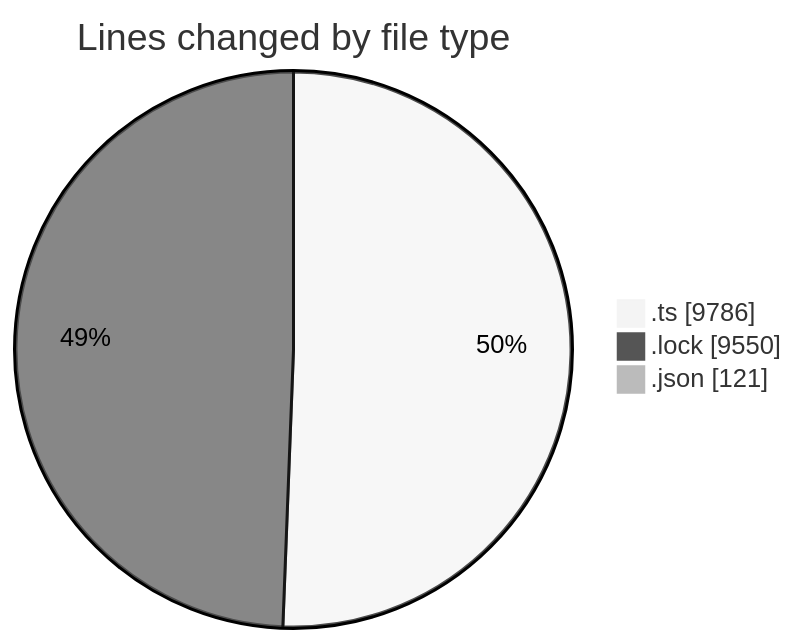
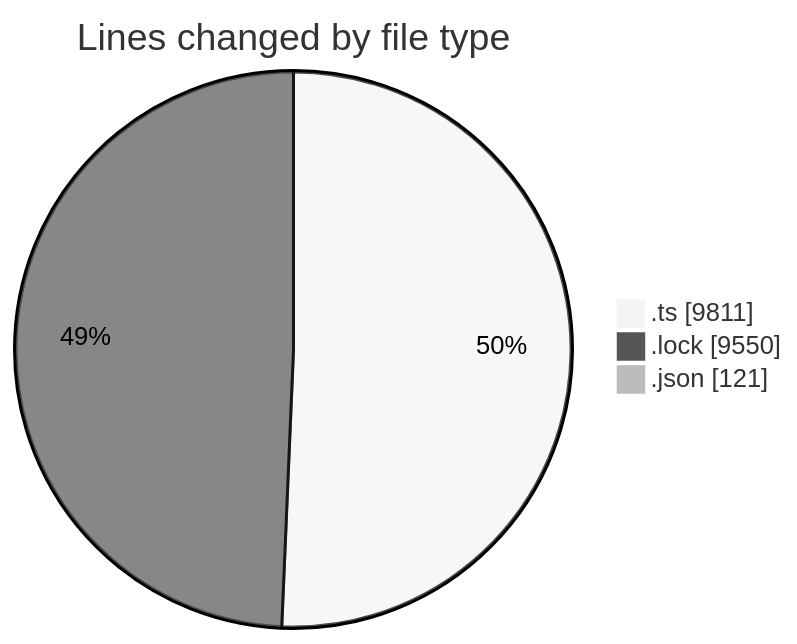
The first of 2 diagrams in 2025-10-30/cda/README.md (momahboobian/code-tracking), drawn with Mermaid (neutral theme) before and after one commit. The commit also changed other lines of this file and 1 other file, not shown here.

````diff
--- a/2025-10-30/cda/README.md
+++ b/2025-10-30/cda/README.md
@@ -28,7 +28,7 @@
 ```mermaid
 pie showData
 title Lines changed by file type
-".ts" : 9786
+".ts" : 9811
 ".lock" : 9550
 ".json" : 121
 ```
````
